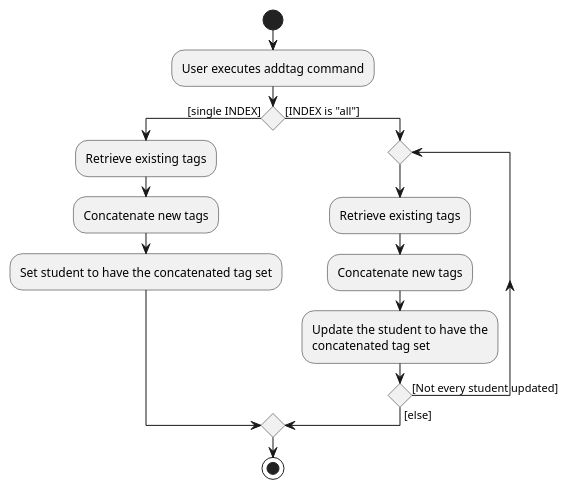
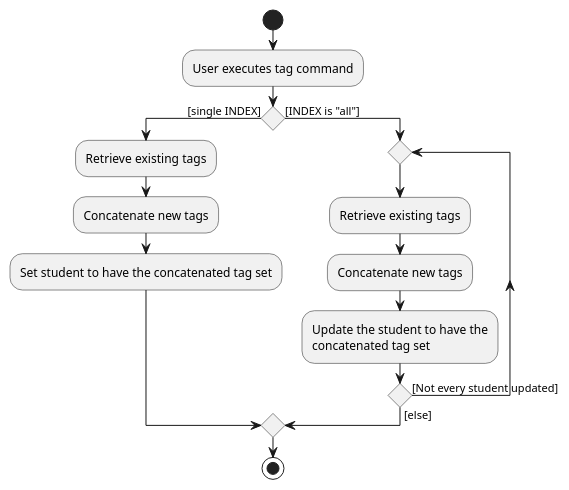
The diagram in docs/diagrams/AddTagActivityDiagram.puml (nus-cs2103-AY2223S1/tp), drawn with PlantUML before and after one commit. The commit also changed 8 other files, not shown here.

```diff
--- a/docs/diagrams/AddTagActivityDiagram.puml
+++ b/docs/diagrams/AddTagActivityDiagram.puml
@@ -1,21 +1,21 @@
 @startuml
 start
-:User executes addtag command;
+:User executes tag command;
 
 'Since the beta syntax does not support placing the condition outside the
 'diamond we place it as the true branch instead.
 
 if () then ([single INDEX])
     :Retrieve existing tags;
     :Concatenate new tags;
     :Set student to have the concatenated tag set;
 else ([INDEX is "all"])
 repeat
     :Retrieve existing tags;
     :Concatenate new tags;
     :Update the student to have the
     concatenated tag set;
 repeat while () is ([Not every student updated]) not ([else]);
 endif
 stop
 @enduml
```
